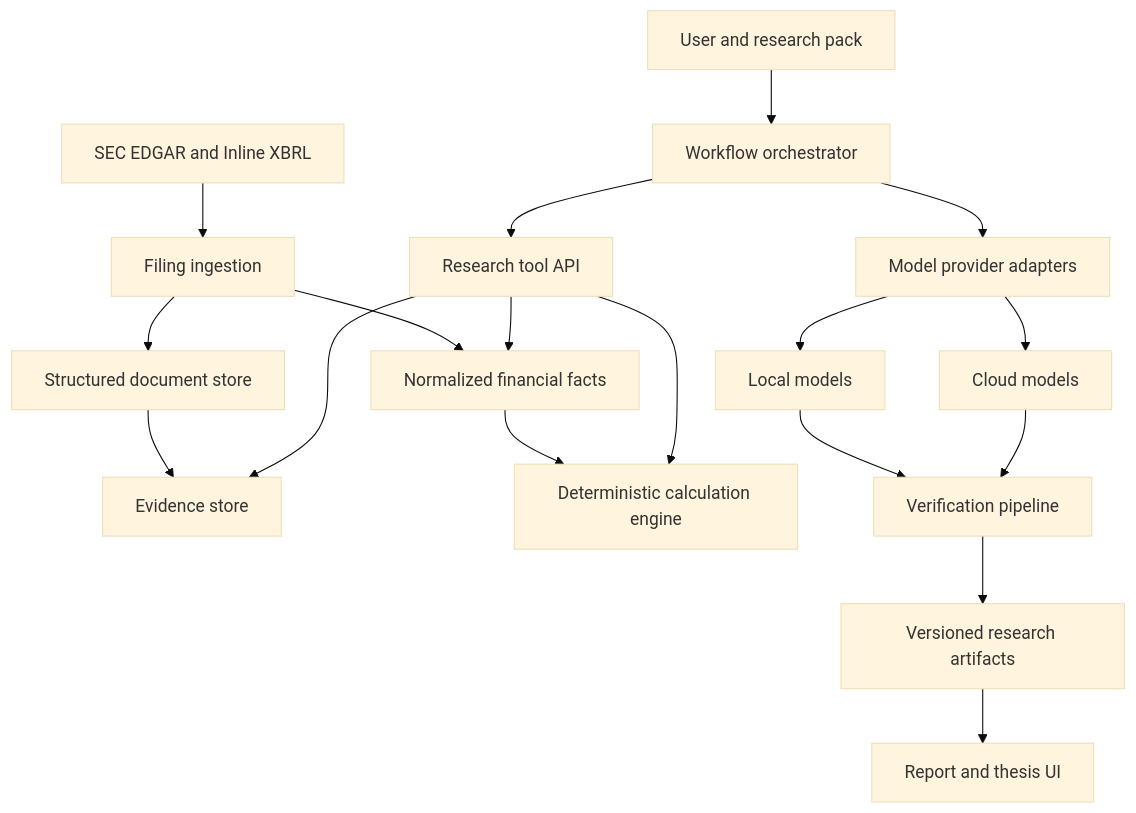
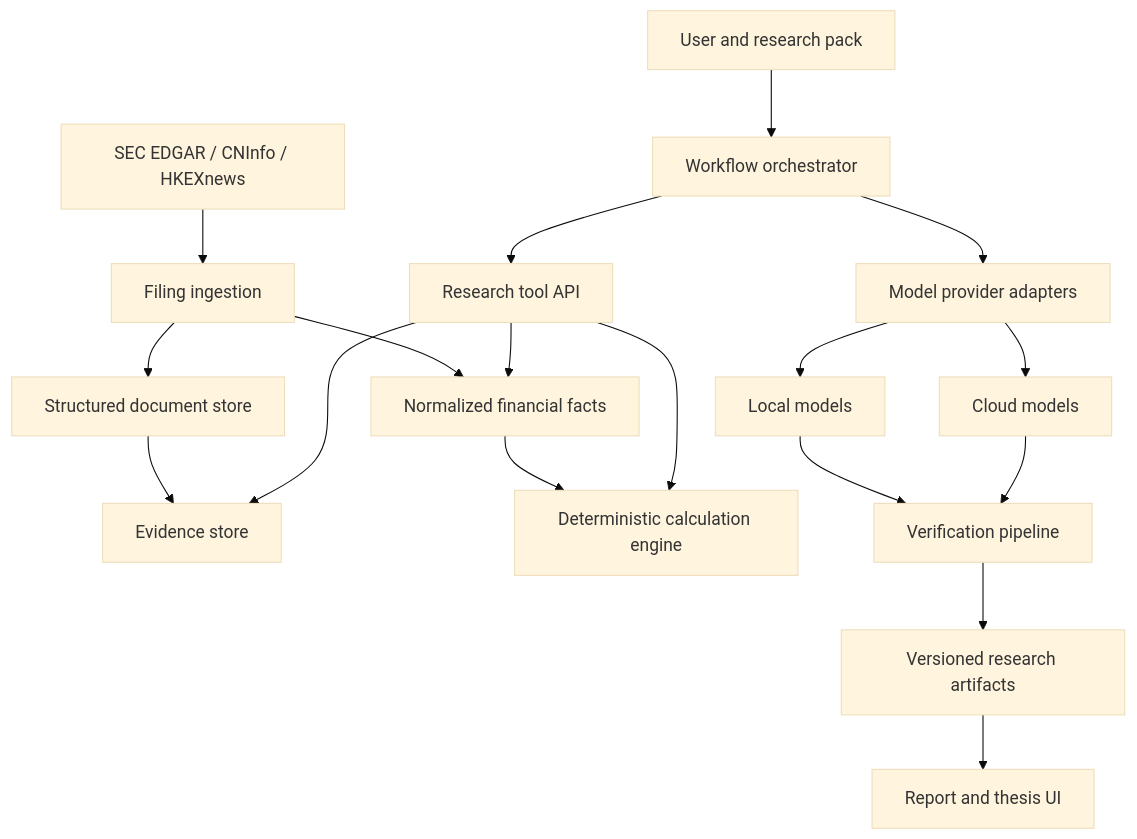
The first of 2 diagrams in docs/PROJECT_SPEC.md (zjy1346/OpenThesis), drawn with Mermaid (base theme) before and after one commit. The commit also changed other lines of this file and 54 other files, not shown here.

````diff
--- a/docs/PROJECT_SPEC.md
+++ b/docs/PROJECT_SPEC.md
@@ -195,23 +198,23 @@
 ```mermaid
 flowchart TD
-    SEC["SEC EDGAR and Inline XBRL"] --> INGEST["Filing ingestion"]
+    SEC["SEC EDGAR / CNInfo / HKEXnews"] --> INGEST["Filing ingestion"]
     INGEST --> DOC["Structured document store"]
     INGEST --> FACTS["Normalized financial facts"]
     DOC --> EVIDENCE["Evidence store"]
     FACTS --> CALC["Deterministic calculation engine"]
 
     USER["User and research pack"] --> ORCH["Workflow orchestrator"]
     ORCH --> TOOLS["Research tool API"]
     TOOLS --> EVIDENCE
     TOOLS --> FACTS
     TOOLS --> CALC
 
     ORCH --> PROVIDERS["Model provider adapters"]
     PROVIDERS --> LOCAL["Local models"]
     PROVIDERS --> CLOUD["Cloud models"]
 
     LOCAL --> VERIFY["Verification pipeline"]
     CLOUD --> VERIFY
     VERIFY --> ARTIFACTS["Versioned research artifacts"]
     ARTIFACTS --> REPORT["Report and thesis UI"]
 ```
````
